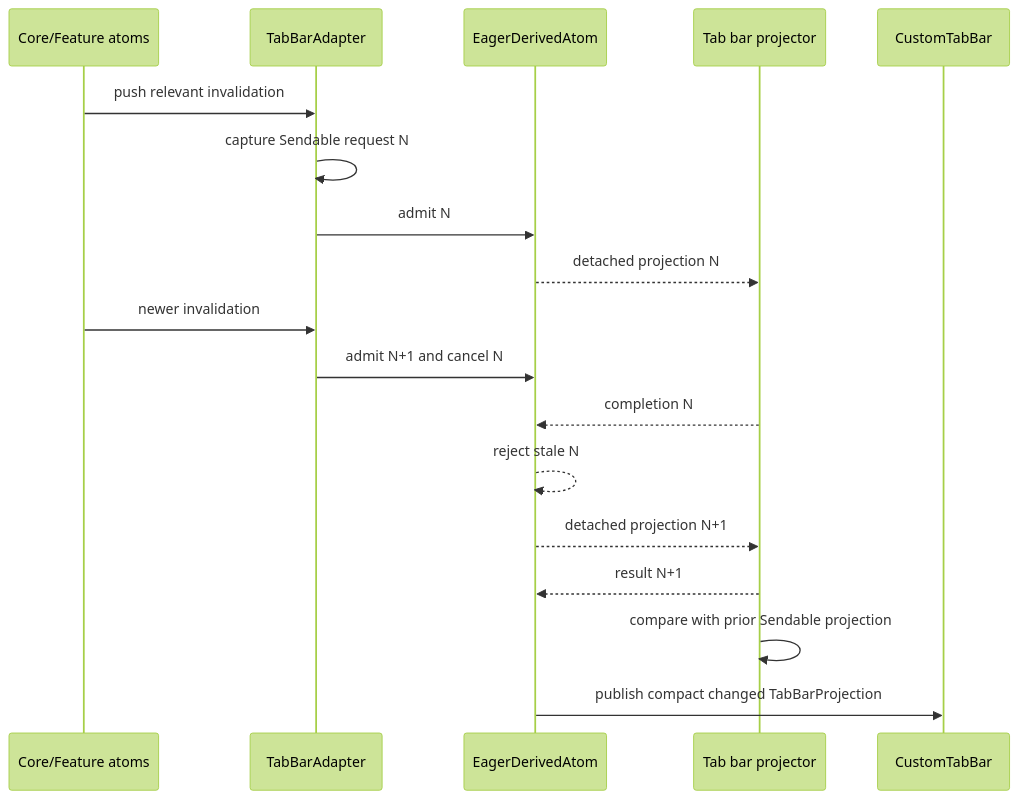
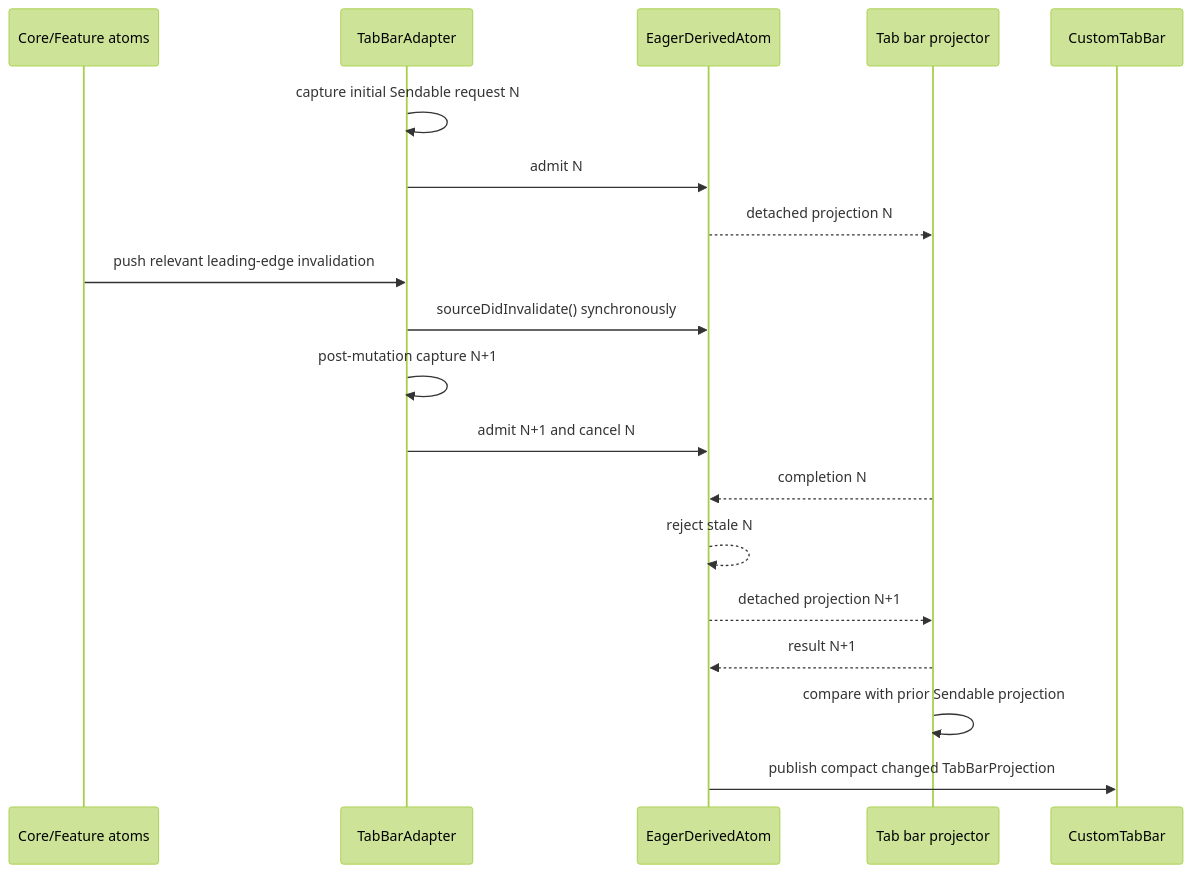
The fourth of 4 diagrams in docs/specs/2026-07-31-reactive-state-system/2026-07-31-off-main-materialization-and-lifecycle-program-design.md (ShravanSunder/agentstudio), drawn with Mermaid (forest theme) before and after one commit. The commit also changed other lines of this file and 3 other files, not shown here.

````diff
--- a/docs/specs/2026-07-31-reactive-state-system/2026-07-31-off-main-materialization-and-lifecycle-program-design.md
+++ b/docs/specs/2026-07-31-reactive-state-system/2026-07-31-off-main-materialization-and-lifecycle-program-design.md
@@ -417,21 +439,22 @@
 ```mermaid
 sequenceDiagram
     participant Sources as Core/Feature atoms
     participant Adapter as TabBarAdapter
     participant Node as EagerDerivedAtom
     participant Worker as Tab bar projector
     participant UI as CustomTabBar
 
-    Sources->>Adapter: push relevant invalidation
-    Adapter->>Adapter: capture Sendable request N
+    Adapter->>Adapter: capture initial Sendable request N
     Adapter->>Node: admit N
     Node-->>Worker: detached projection N
-    Sources->>Adapter: newer invalidation
+    Sources->>Adapter: push relevant leading-edge invalidation
+    Adapter->>Node: sourceDidInvalidate() synchronously
+    Adapter->>Adapter: post-mutation capture N+1
     Adapter->>Node: admit N+1 and cancel N
     Worker-->>Node: completion N
     Node-->>Node: reject stale N
     Node-->>Worker: detached projection N+1
     Worker-->>Node: result N+1
     Worker->>Worker: compare with prior Sendable projection
     Node->>UI: publish compact changed TabBarProjection
 ```
````
